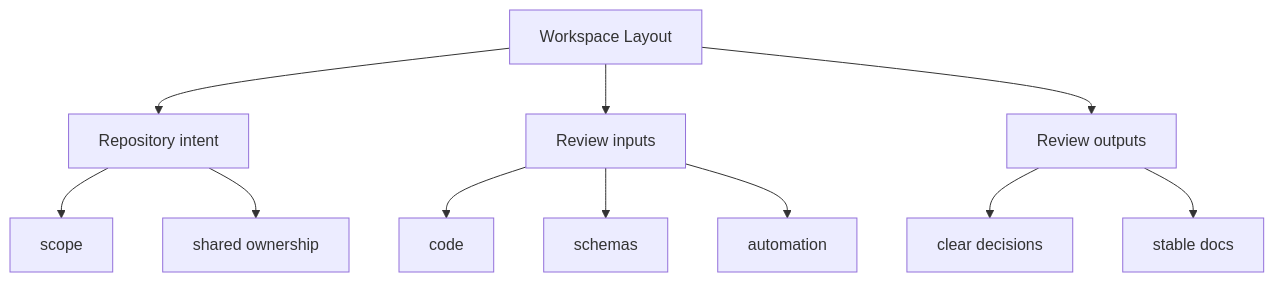
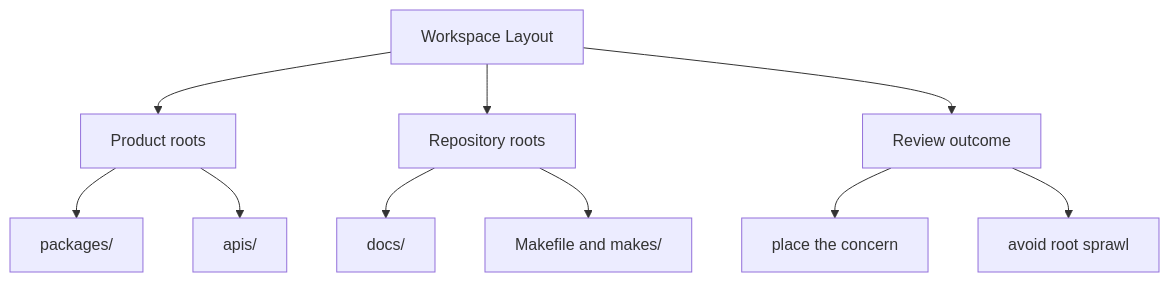
The second of 2 diagrams in docs/bijux-canon/workspace-layout.md (bijux/bijux-canon), drawn with Mermaid before and after one commit. The commit also changed other lines of this file and 11 other files, not shown here.

Commit message:
docs(diagrams): clarify root handbook maps

````diff
--- a/docs/bijux-canon/workspace-layout.md
+++ b/docs/bijux-canon/workspace-layout.md
@@ -33,24 +33,22 @@
 ```mermaid
 flowchart TD
     page["Workspace Layout"]
-    focus1["Repository intent"]
+    focus1["Product roots"]
     page --> focus1
-    focus1_1["scope"]
+    focus1_1["packages/"]
     focus1 --> focus1_1
-    focus1_2["shared ownership"]
+    focus1_2["apis/"]
     focus1 --> focus1_2
-    focus2["Review inputs"]
+    focus2["Repository roots"]
     page --> focus2
-    focus2_1["code"]
+    focus2_1["docs/"]
     focus2 --> focus2_1
-    focus2_2["schemas"]
+    focus2_2["Makefile and makes/"]
     focus2 --> focus2_2
-    focus2_3["automation"]
-    focus2 --> focus2_3
-    focus3["Review outputs"]
+    focus3["Review outcome"]
     page --> focus3
-    focus3_1["clear decisions"]
+    focus3_1["place the concern"]
     focus3 --> focus3_1
-    focus3_2["stable docs"]
+    focus3_2["avoid root sprawl"]
     focus3 --> focus3_2
 ```
````
